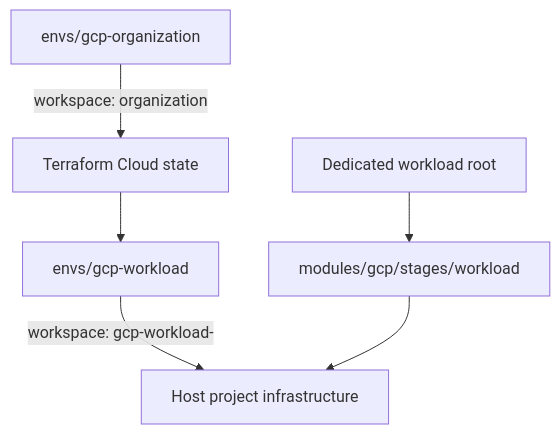
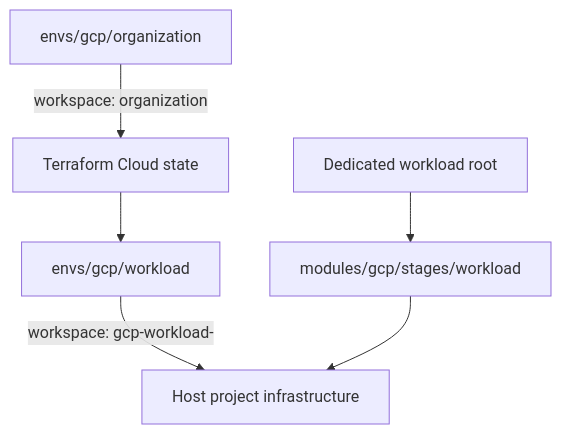
One commit to EdwinKassier/Ashes-Devops-Tools changed the diagram in docs/architecture/ARCHITECTURE.md. Above: the diagram before and after it, drawn with Mermaid. The commit also changed other lines of this file and 42 other files, not shown here.

````diff
--- a/docs/architecture/ARCHITECTURE.md
+++ b/docs/architecture/ARCHITECTURE.md
@@ -166,8 +166,8 @@
 ```mermaid
 graph TD
-    A["envs/gcp-organization"] -->|workspace: organization| B["Terraform Cloud state"]
-    B --> C["envs/gcp-workload"]
+    A["envs/gcp/organization"] -->|workspace: organization| B["Terraform Cloud state"]
+    B --> C["envs/gcp/workload"]
     C -->|workspace: gcp-workload-<env>| D["Host project infrastructure"]
     E["Dedicated workload root"] --> F["modules/gcp/stages/workload"]
     F --> D
 ```
````
